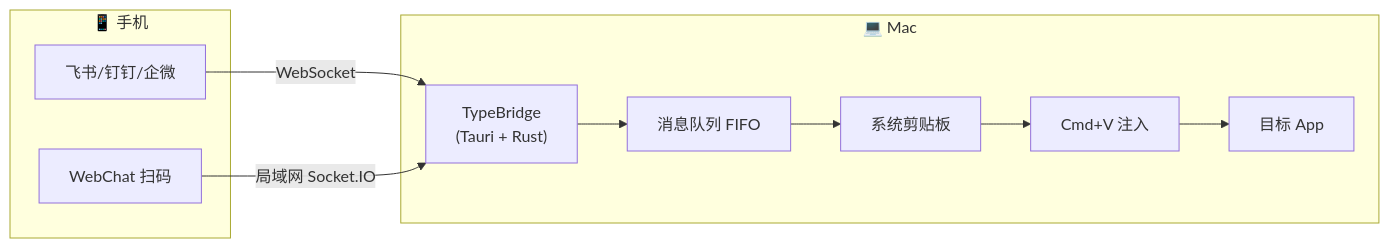
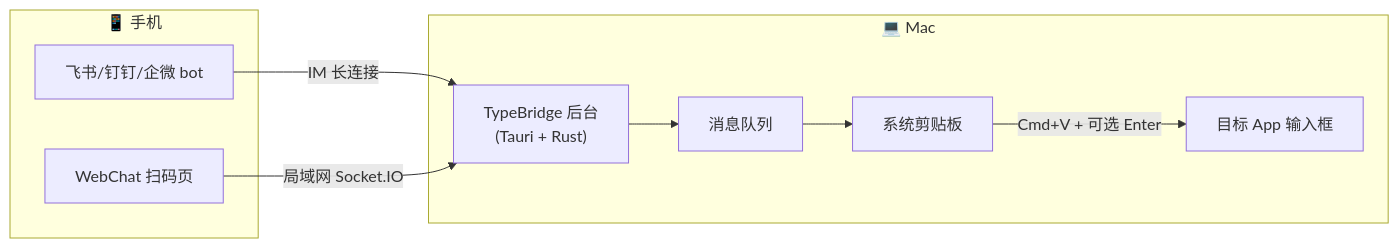
One commit to parksben/type-bridge changed the diagram in docs/BLOG.md. Above: the diagram before and after it, drawn with Mermaid. The commit also changed other lines of this file, not shown here.

````diff
--- a/docs/BLOG.md
+++ b/docs/BLOG.md
@@ -54,17 +131,16 @@
 ```mermaid
 flowchart LR
     subgraph Mobile["📱 手机"]
-        FS[飞书/钉钉/企微]
-        WC[WebChat 扫码]
+        FS[飞书/钉钉/企微 bot]
+        WC[WebChat 扫码页]
     end
     subgraph Mac["💻 Mac"]
-        TB["TypeBridge\n(Tauri + Rust)"]
-        Q["消息队列 FIFO"]
+        TB["TypeBridge 后台\n(Tauri + Rust)"]
+        Q["消息队列"]
         CB["系统剪贴板"]
-        INJ["Cmd+V 注入"]
-        APP["目标 App"]
+        APP["目标 App 输入框"]
     end
-    FS -->|WebSocket| TB
+    FS -->|IM 长连接| TB
     WC -->|局域网 Socket.IO| TB
-    TB --> Q --> CB --> INJ --> APP
+    TB --> Q --> CB -->|Cmd+V + 可选 Enter| APP
 ```
````
